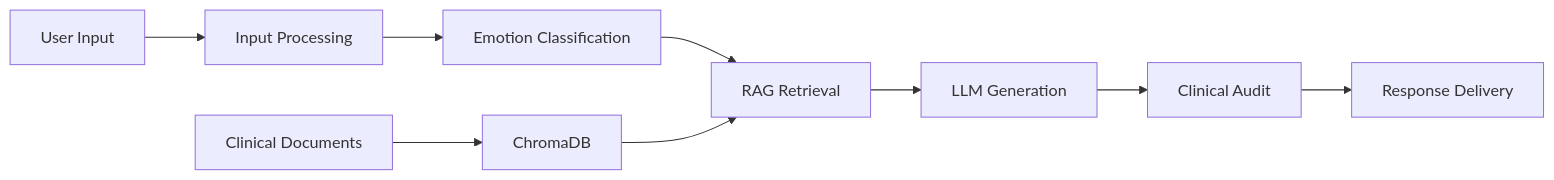
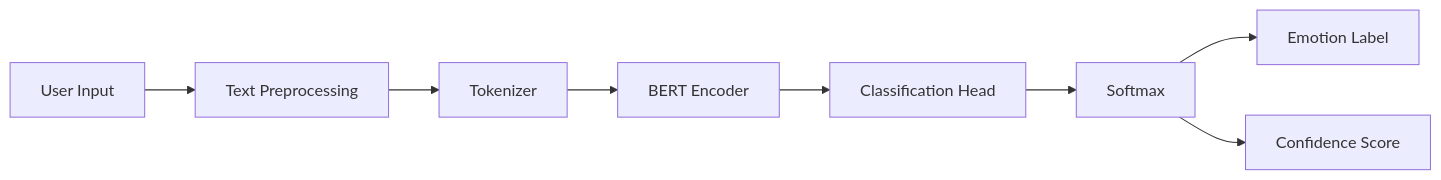
The fourth of 7 diagrams in chapters/03-methodology.qmd (Upheal1/UpHeal-Doc), drawn with Mermaid before and after one commit. The commit also changed other lines of this file and 13 other files, not shown here.

````diff
--- a/chapters/03-methodology.qmd
+++ b/chapters/03-methodology.qmd
@@ -117,11 +224,10 @@
 ```{mermaid}
 flowchart LR
-    A[User Input] --> B[Input Processing]
-    B --> C[Emotion Classification]
-    C --> D[RAG Retrieval]
-    D --> E[LLM Generation]
-    E --> F[Clinical Audit]
-    F --> G[Response Delivery]
-    H[ChromaDB] --> D
-    I[Clinical Documents] --> H
+    A[User Input] --> B[Text Preprocessing]
+    B --> C[Tokenizer]
+    C --> D[BERT Encoder]
+    D --> E[Classification Head]
+    E --> F[Softmax]
+    F --> G[Emotion Label]
+    F --> H[Confidence Score]
 ```
````
